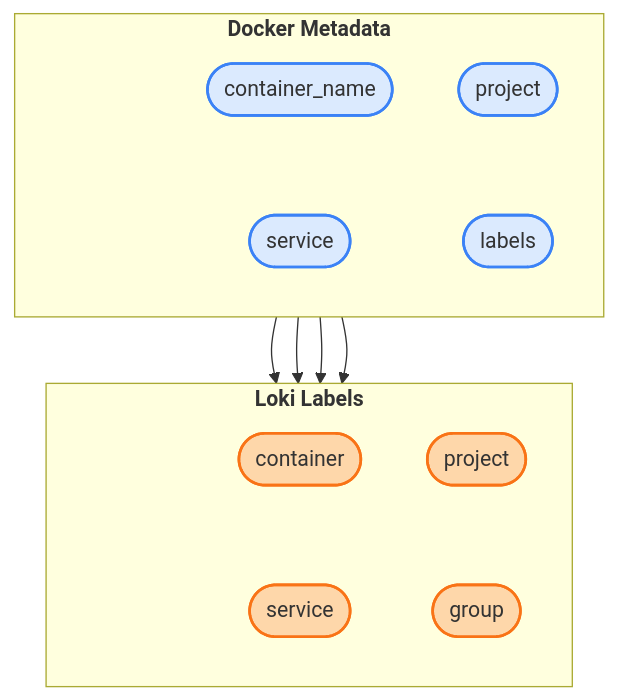
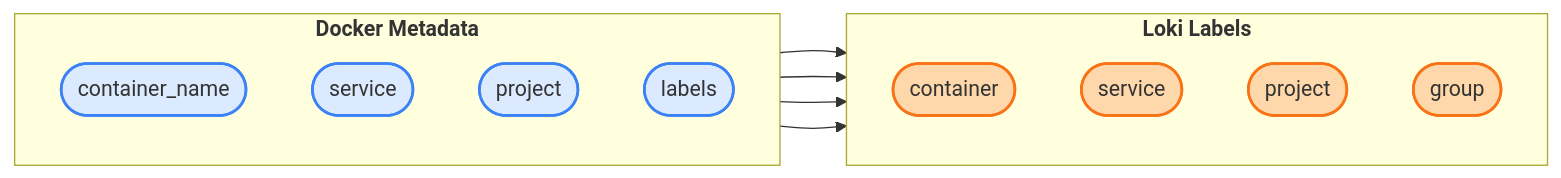
The third of 3 diagrams in docs-site/src/content/docs/guides/monitoring.mdx (Mykyta-Home-Server/homeserver), drawn with Mermaid before and after one commit. The commit also changed other lines of this file and 1 other file, not shown here.

First paragraph of the commit message:
Redesign diagrams: compact grid layouts with minimal whitespace
Completely redesigned diagrams to remove excessive empty space and implement proper grid layouts as requested.

````diff
--- a/docs-site/src/content/docs/guides/monitoring.mdx
+++ b/docs-site/src/content/docs/guides/monitoring.mdx
@@ -158,48 +167,29 @@
 ```mermaid
-flowchart TB
+flowchart LR
     subgraph docker["`**Docker Metadata**`"]
         direction TB
-        row1_d[" "]
-        row2_d[" "]
-
         D1@{ shape: stadium, label: "container_name" }
         D2@{ shape: stadium, label: "service" }
         D3@{ shape: stadium, label: "project" }
         D4@{ shape: stadium, label: "labels" }
-
-        row1_d ~~~ row2_d
-        D1 ~~~ D2
-        D3 ~~~ D4
     end
 
     subgraph loki["`**Loki Labels**`"]
         direction TB
-        row1_l[" "]
-        row2_l[" "]
-
         L1@{ shape: stadium, label: "container" }
         L2@{ shape: stadium, label: "service" }
         L3@{ shape: stadium, label: "project" }
         L4@{ shape: stadium, label: "group" }
-
-        row1_l ~~~ row2_l
-        L1 ~~~ L2
-        L3 ~~~ L4
     end
 
     D1 --> L1
     D2 --> L2
     D3 --> L3
     D4 --> L4
 
-    style row1_d fill:none,stroke:none
-    style row2_d fill:none,stroke:none
-    style row1_l fill:none,stroke:none
-    style row2_l fill:none,stroke:none
-
     classDef dockerStyle fill:#dbeafe,stroke:#3b82f6,stroke-width:2px
     classDef lokiStyle fill:#fed7aa,stroke:#f97316,stroke-width:2px
 
     class D1,D2,D3,D4 dockerStyle
     class L1,L2,L3,L4 lokiStyle
 ```
````
